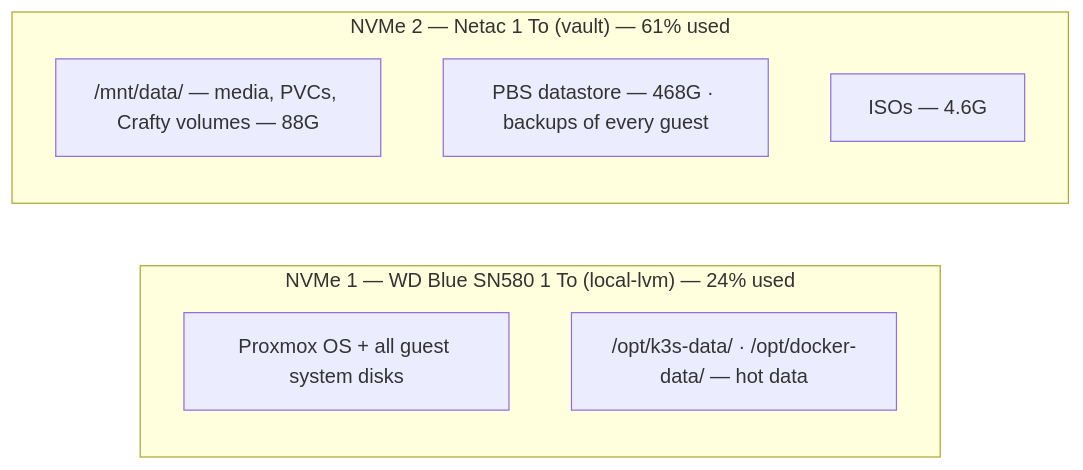
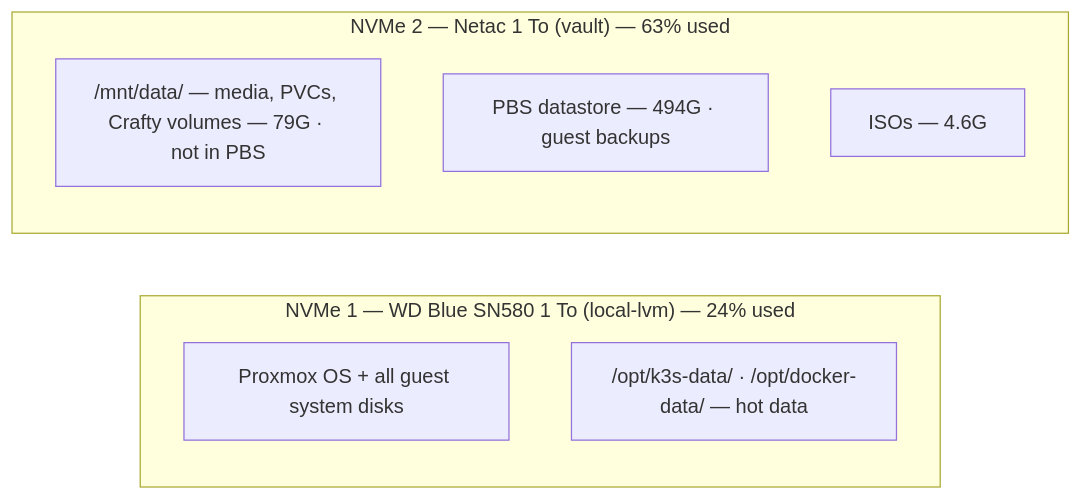
One commit to Enoal-Fauchille-Bolle/Astra-ops changed the third of 5 diagrams in README.md. Above: the diagram before and after it, drawn with Mermaid. The commit also changed other lines of this file and 1 other file, not shown here.

Commit message:
📝 [Docs] Document the Proxmox config backup and the applied cold-disk exclusion

````diff
--- a/README.md
+++ b/README.md
@@ -116,12 +116,12 @@
 ```mermaid
 graph LR
     subgraph NVMe1["NVMe 1 — WD Blue SN580 1 To (local-lvm) — 24% used"]
         OS[Proxmox OS + all guest system disks]
         HOT["/opt/k3s-data/ · /opt/docker-data/ — hot data"]
     end
-    subgraph NVMe2["NVMe 2 — Netac 1 To (vault) — 61% used"]
-        COLD["/mnt/data/ — media, PVCs, Crafty volumes — 88G"]
-        PBS["PBS datastore — 468G · backups of every guest"]
+    subgraph NVMe2["NVMe 2 — Netac 1 To (vault) — 63% used"]
+        COLD["/mnt/data/ — media, PVCs, Crafty volumes — 79G · not in PBS"]
+        PBS["PBS datastore — 494G · guest backups"]
         ISO["ISOs — 4.6G"]
     end
 ```
````
